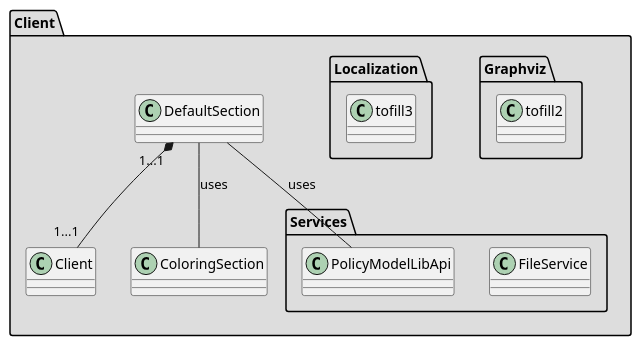
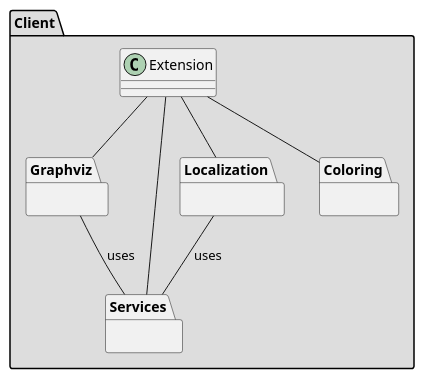
Before and after one commit to wolfj123/PolicyModelsPlugin: the diagram in diagrams/client/ClientMetaDiagram.puml, drawn with PlantUML.

```diff
--- a/diagrams/client/ClientMetaDiagram.puml
+++ b/diagrams/client/ClientMetaDiagram.puml
@@ -1,29 +1,27 @@
 @startuml
 
 package Client #DDDDDD {
 
-    class DefaultSection
-    class Client
-    class ColoringSection
+    class Extension
 
-    package Graphviz{
-        class tofill2
-    }
+    package Graphviz{}
 
-    package Services{
-        class FileService
-        class PolicyModelLibApi
-    }
+    package Services{}
 
     package Localization {
-        class tofill3
+    }
+    package Coloring {
     }
    
-    DefaultSection -- PolicyModelLibApi : uses
-    DefaultSection -- ColoringSection : uses
-    DefaultSection "1...1" *-- "1...1" Client
+    Extension -- Graphviz 
+    Extension -- Services 
+    Extension -- Localization 
+    Extension -- Coloring
+    Localization -- Services: uses
+    Graphviz -- Services :uses
+ 
 }
 
 
 
 @enduml
```
